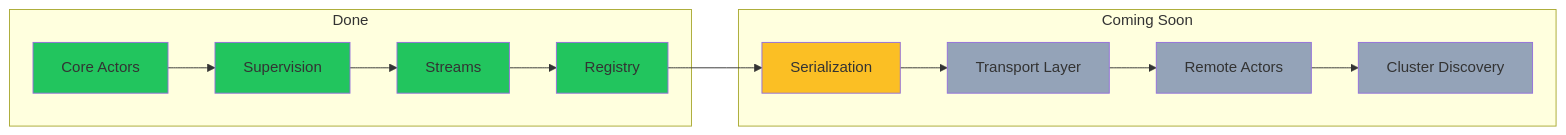
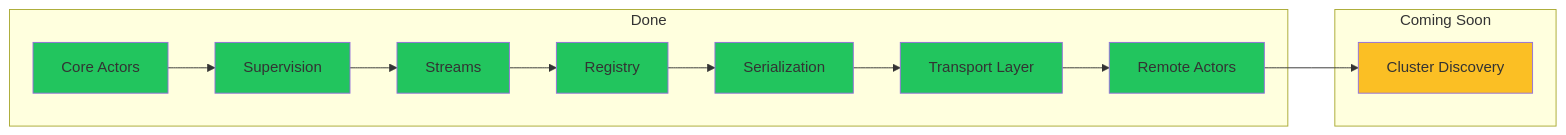
One commit to pixperk/cineyma changed the sixth of 7 diagrams in README.md. Above: the diagram before and after it, drawn with Mermaid. The commit also changed other lines of this file, not shown here.

Commit message:
docs : update remote actors

````diff
--- a/README.md
+++ b/README.md
@@ -350,27 +533,27 @@
 ```mermaid
 graph LR
     subgraph Done
         A[Core Actors]
         B[Supervision]
         C[Streams]
         D[Registry]
+        E[Serialization]
+        F[Transport Layer]
+        G[Remote Actors]
     end
 
     subgraph "Coming Soon"
-        E[Serialization]
-        F[Transport Layer]
-        G[Remote Actors]
         H[Cluster Discovery]
     end
 
     A --> B --> C --> D --> E --> F --> G --> H
 
     style A fill:#22c55e
     style B fill:#22c55e
     style C fill:#22c55e
     style D fill:#22c55e
-    style E fill:#fbbf24
-    style F fill:#94a3b8
-    style G fill:#94a3b8
-    style H fill:#94a3b8
+    style E fill:#22c55e
+    style F fill:#22c55e
+    style G fill:#22c55e
+    style H fill:#fbbf24
 ```
````
